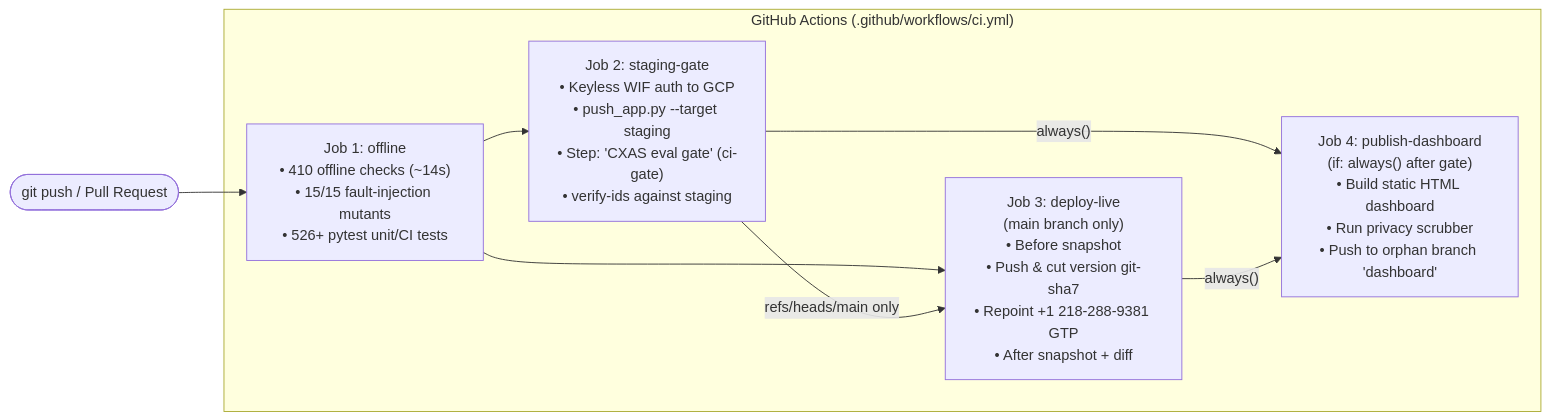
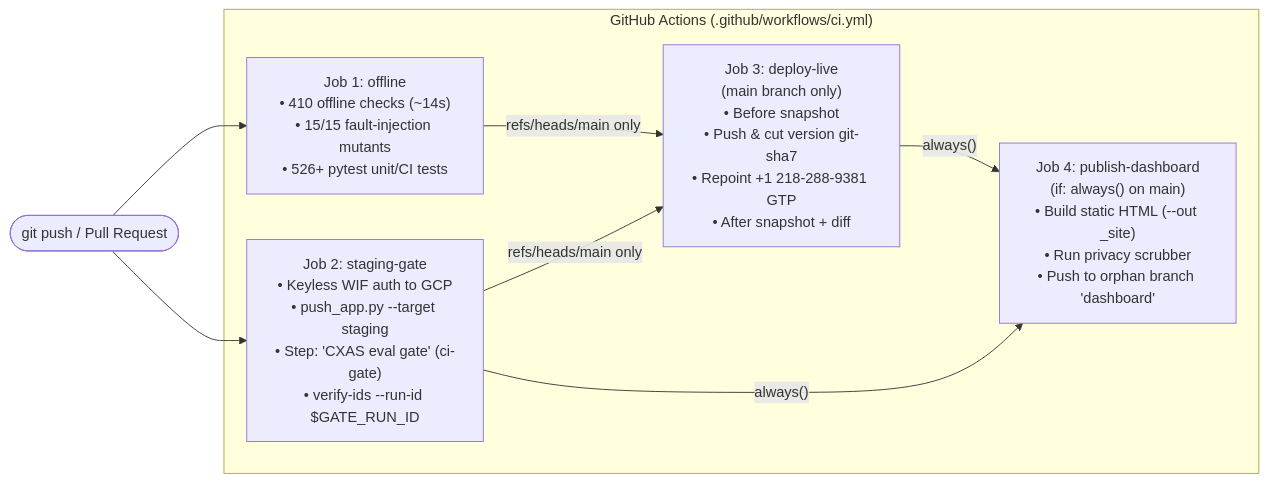
One commit to snehsm007/totto-agent changed the diagram in docs/ci-cd.md. Above: the diagram before and after it, drawn with Mermaid. The commit also changed other lines of this file and 15 other files, not shown here.

````diff
--- a/docs/ci-cd.md
+++ b/docs/ci-cd.md
@@ -11,17 +11,17 @@
 ```mermaid
 flowchart LR
-    Commit(["git push / Pull Request"]) --> Job1
+    Push(["git push / Pull Request"]) --> Job1
+    Push --> Job2
 
     subgraph GHA["GitHub Actions (.github/workflows/ci.yml)"]
         Job1["Job 1: offline<br/>• 410 offline checks (~14s)<br/>• 15/15 fault-injection mutants<br/>• 526+ pytest unit/CI tests"]
-        Job2["Job 2: staging-gate<br/>• Keyless WIF auth to GCP<br/>• push_app.py --target staging<br/>• Step: 'CXAS eval gate' (ci-gate)<br/>• verify-ids against staging"]
+        Job2["Job 2: staging-gate<br/>• Keyless WIF auth to GCP<br/>• push_app.py --target staging<br/>• Step: 'CXAS eval gate' (ci-gate)<br/>• verify-ids --run-id $GATE_RUN_ID"]
         Job3["Job 3: deploy-live<br/>(main branch only)<br/>• Before snapshot<br/>• Push & cut version git-sha7<br/>• Repoint +1 218-288-9381 GTP<br/>• After snapshot + diff"]
-        Job4["Job 4: publish-dashboard<br/>(if: always() after gate)<br/>• Build static HTML dashboard<br/>• Run privacy scrubber<br/>• Push to orphan branch 'dashboard'"]
+        Job4["Job 4: publish-dashboard<br/>(if: always() on main)<br/>• Build static HTML (--out _site)<br/>• Run privacy scrubber<br/>• Push to orphan branch 'dashboard'"]
 
-        Job1 --> Job2
-        Job1 --> Job3
+        Job1 -->|"refs/heads/main only"| Job3
         Job2 -->|"refs/heads/main only"| Job3
         Job2 -->|"always()"| Job4
         Job3 -->|"always()"| Job4
     end
 ```
````
